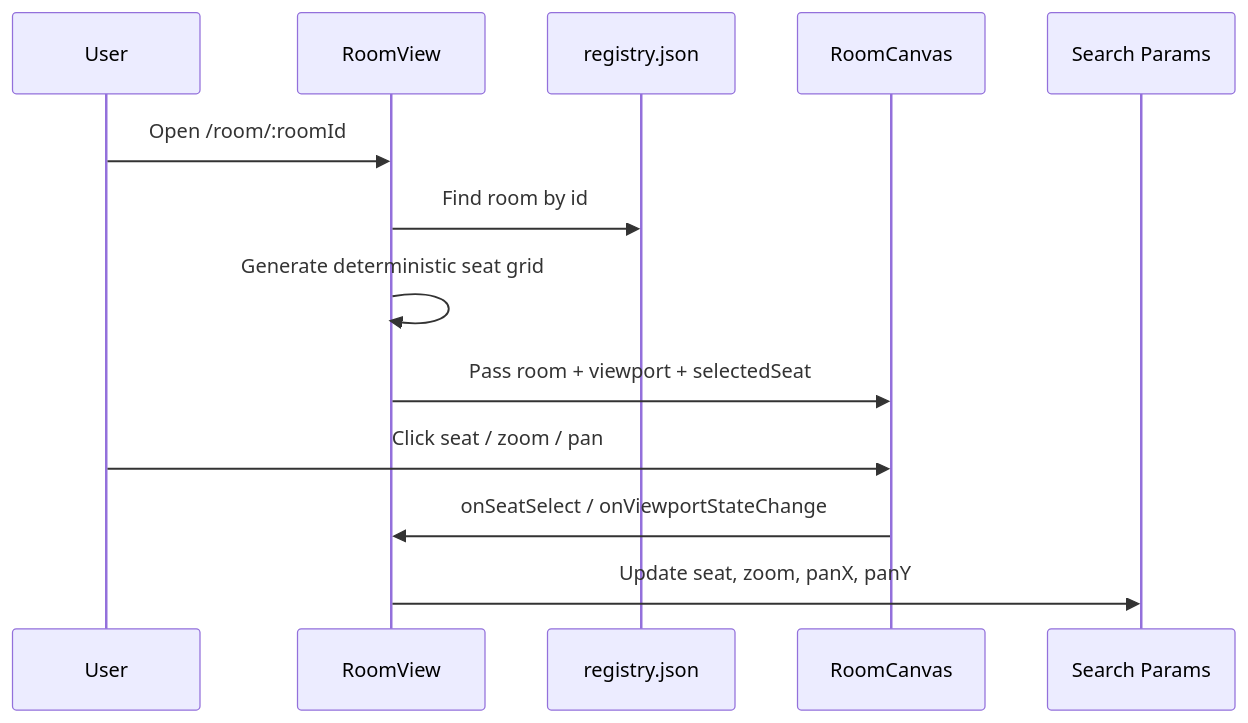
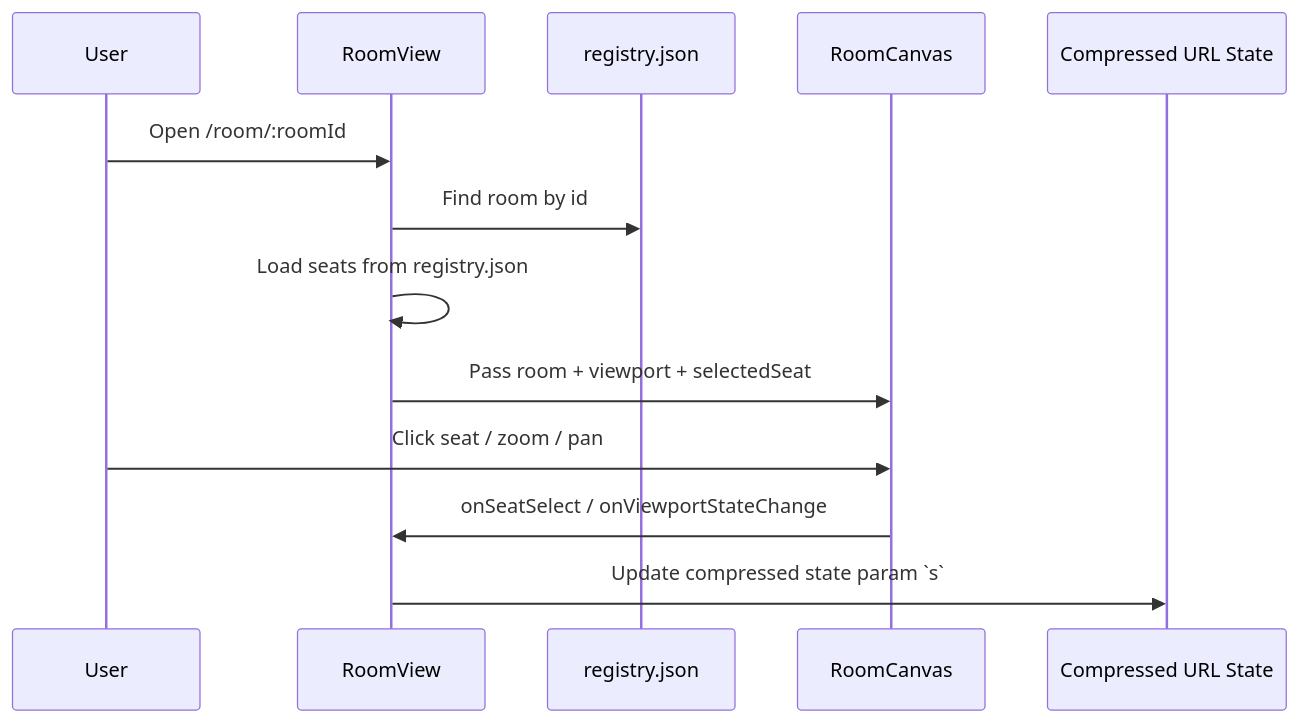
One commit to bryanseah234/smuseats changed the second of 2 diagrams in README.md. Above: the diagram before and after it, drawn with Mermaid. The commit also changed other lines of this file and 191 other files, not shown here.

````diff
--- a/README.md
+++ b/README.md
@@ -57,16 +43,16 @@
 ```mermaid
 sequenceDiagram
   participant U as User
   participant RV as RoomView
   participant R as registry.json
   participant RC as RoomCanvas
-  participant URL as Search Params
+  participant URL as Compressed URL State
 
   U->>RV: Open /room/:roomId
   RV->>R: Find room by id
-  RV->>RV: Generate deterministic seat grid
+  RV->>RV: Load seats from registry.json
   RV->>RC: Pass room + viewport + selectedSeat
   U->>RC: Click seat / zoom / pan
   RC->>RV: onSeatSelect / onViewportStateChange
-  RV->>URL: Update seat, zoom, panX, panY
+  RV->>URL: Update compressed state param `s`
 ```
````
